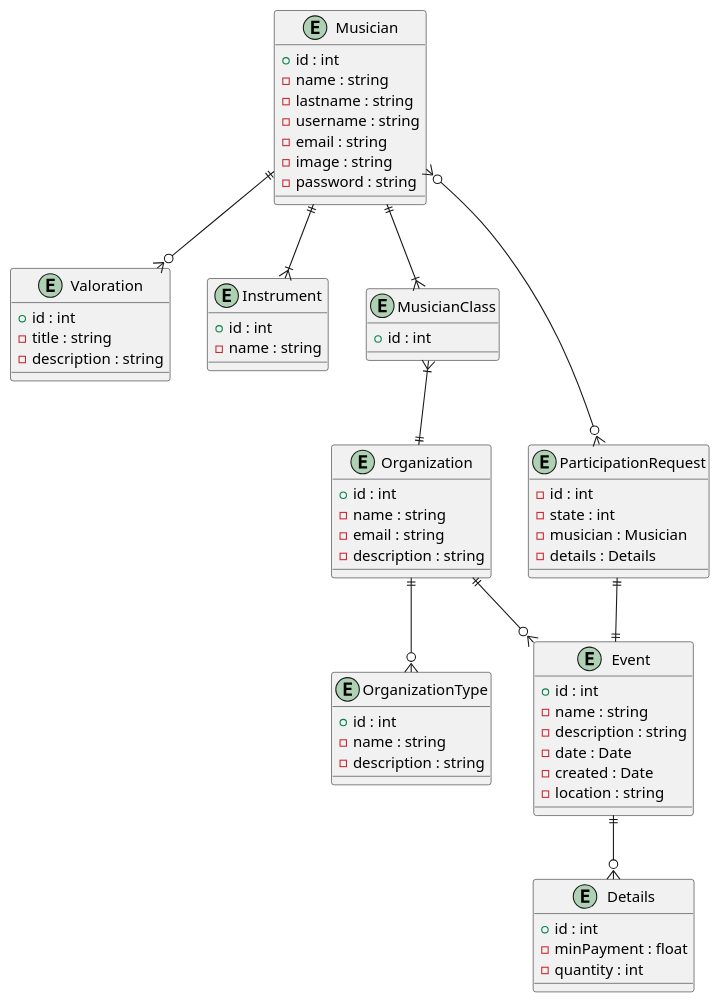
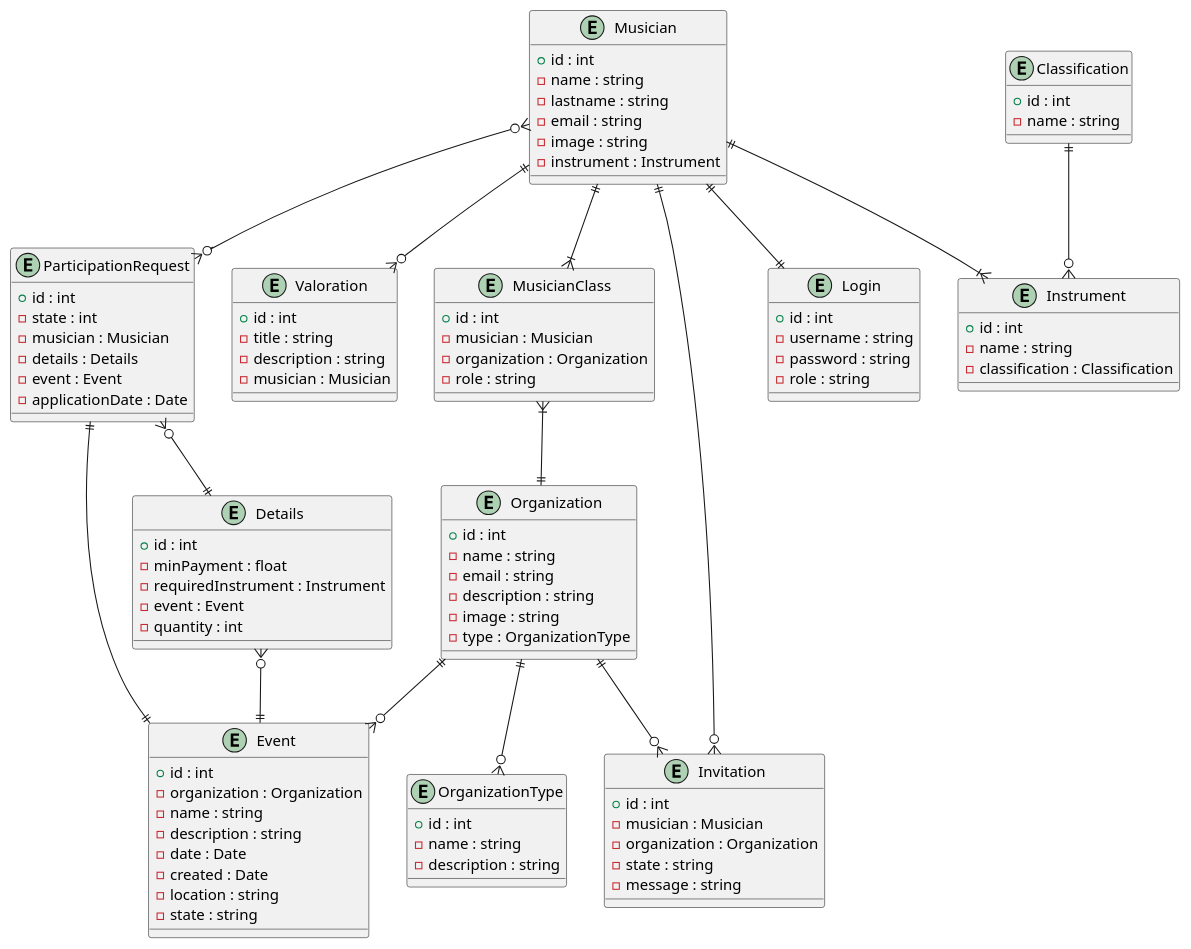
The diagram in docs/diagrama ER.puml (Josep02/BandBridge), drawn with PlantUML before and after one commit. The commit also changed 1 other file, not shown here.

Commit message:
Diagrams updated

```diff
--- a/docs/diagrama ER.puml
+++ b/docs/diagrama ER.puml
@@ -1,76 +1,117 @@
 @startuml
+
+entity Login {
+    + id : int
+    - username : string
+    - password : string
+    - role : string
+}
+
 entity Musician {
     + id : int
     - name : string
     - lastname : string
-    - username : string
     - email : string
     - image : string
-    - password : string
-}
-
-entity Valoration {
-    + id : int
-    - title : string
-    - description : string
-}
-
-entity Instrument {
-    + id : int
-    - name : string
+    - instrument : Instrument
 }
 
 entity MusicianClass {
     + id : int
+    - musician : Musician
+    - organization : Organization
+    - role : string
 }
 
 entity Organization {
     + id : int
     - name : string
     - email : string
     - description : string
+    - image : string
+    - type : OrganizationType
 }
 
 entity OrganizationType {
     + id : int
     - name : string
     - description : string
 }
 
+entity Valoration {
+    + id : int
+    - title : string
+    - description : string
+    - musician : Musician
+}
+
 entity Event {
     + id : int
+    - organization : Organization
     - name : string
     - description : string
     - date : Date
     - created : Date
     - location : string
+    - state : string
 }
 
 entity Details {
     + id : int
     - minPayment : float
+    - requiredInstrument : Instrument
+    - event : Event
     - quantity : int
 }
 
+entity Classification {
+    + id : int
+    - name : string
+}
+
+entity Instrument {
+    + id : int
+    - name : string
+    - classification : Classification
+}
+
 entity ParticipationRequest {
-    - id : int
+    + id : int
     - state : int
     - musician : Musician
     - details : Details
+    - event : Event
+    - applicationDate : Date
 }
+
+entity Invitation {
+    + id : int
+    - musician : Musician
+    - organization : Organization
+    - state : string
+    - message : string
+}
+
+Musician ||--|| Login
 
 Musician ||--o{ Valoration
 Musician ||--|{ Instrument
 Musician ||--|{ MusicianClass
 Musician }o--o{ ParticipationRequest
 
 ParticipationRequest ||--|| Event
+ParticipationRequest }o--|| Details
 
 MusicianClass }|--|| Organization
 
 Organization ||--o{ OrganizationType
 Organization ||--o{ Event
+Organization ||--o{ Invitation
 
-Event ||--o{ Details
+Invitation }o--|| Musician
 
-@enduml at [Funcionalitats especials]'s end
+Classification ||--o{ Instrument
+
+Details }o--|| Event
+
+@enduml
```
